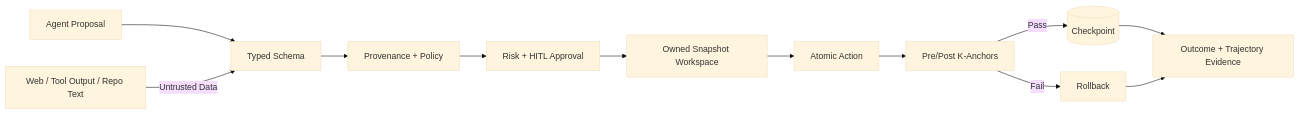
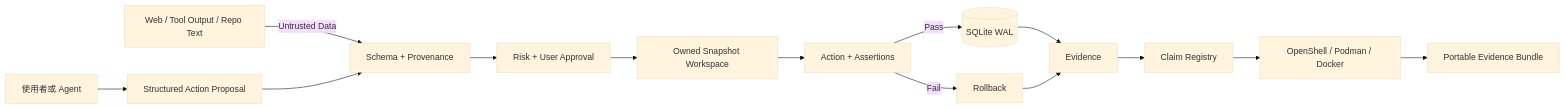
The diagram in README.zh-TW.md (ed3c/XT-Aegis), drawn with Mermaid (base theme) before and after one commit. The commit also changed other lines of this file and 66 other files, not shown here.

````diff
--- a/README.zh-TW.md
+++ b/README.zh-TW.md
@@ -34,14 +109,16 @@
 ```mermaid
 flowchart LR
-    A[Agent Proposal] --> B[Typed Schema]
-    X[Web / Tool Output / Repo Text] -->|Untrusted Data| B
-    B --> C[Provenance + Policy]
-    C --> D[Risk + HITL Approval]
-    D --> E[Owned Snapshot Workspace]
-    E --> F[Atomic Action]
-    F --> G[Pre/Post K-Anchors]
-    G -->|Pass| H[(Checkpoint)]
-    G -->|Fail| I[Rollback]
-    H --> J[Outcome + Trajectory Evidence]
-    I --> J
+    U[使用者或 Agent] --> P[Structured Action Proposal]
+    X[Web / Tool Output / Repo Text] -->|Untrusted Data| V[Schema + Provenance]
+    P --> V
+    V --> A[Risk + User Approval]
+    A --> S[Owned Snapshot Workspace]
+    S --> K[Action + Assertions]
+    K -->|Pass| C[(SQLite WAL)]
+    K -->|Fail| R[Rollback]
+    C --> E[Evidence]
+    R --> E
+    E --> G[Claim Registry]
+    G --> B[OpenShell / Podman / Docker]
+    B --> P2[Portable Evidence Bundle]
 ```
````
